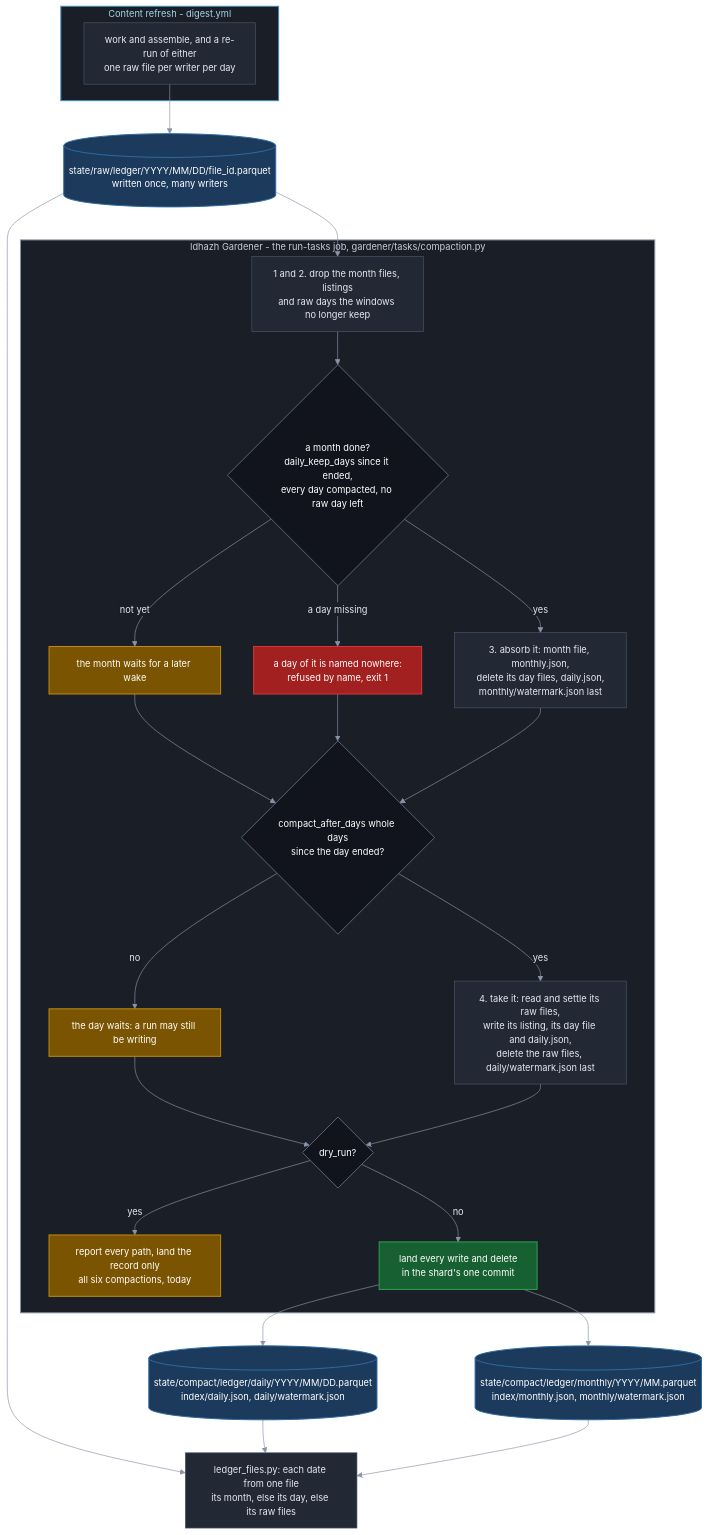
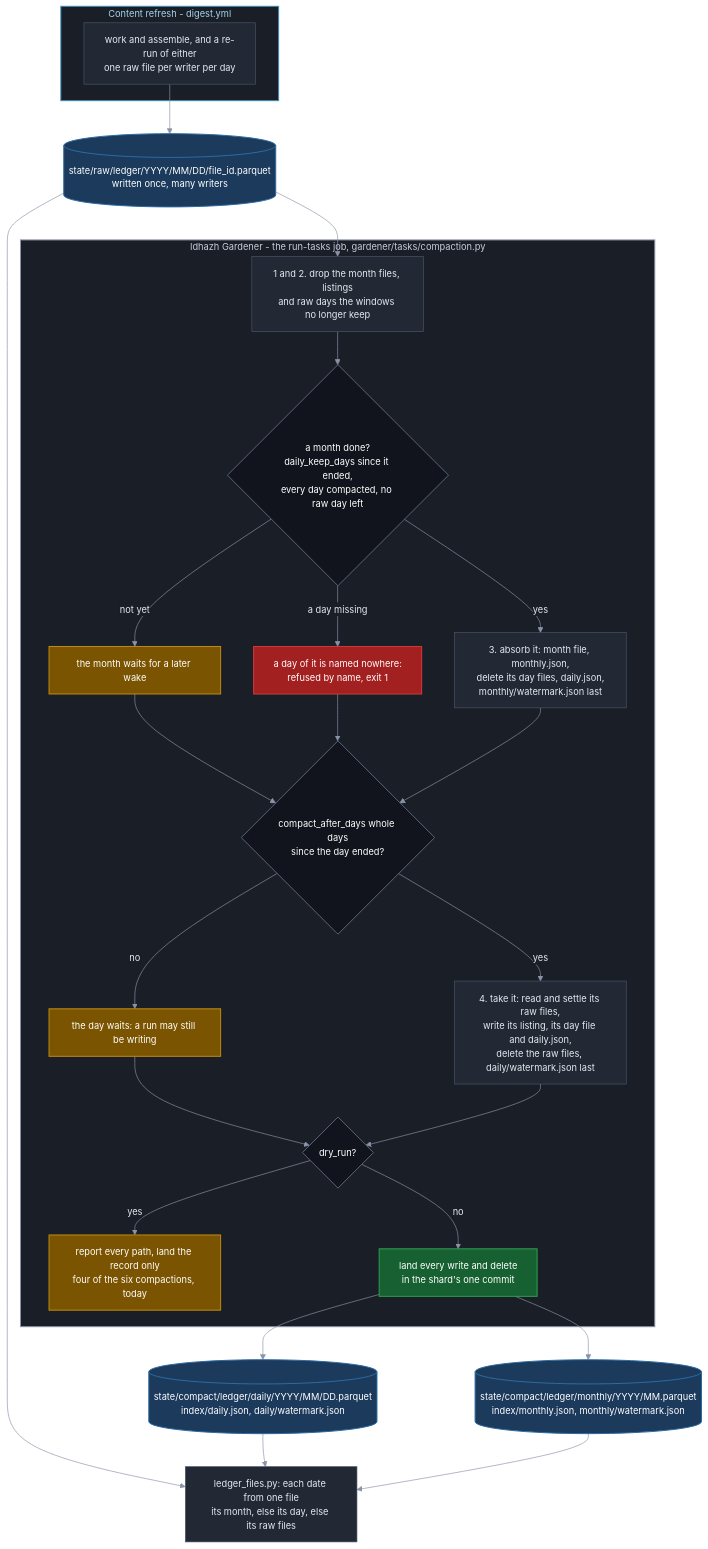
The second of 2 diagrams in docs/architecture/publishing/idhazh-gardener.md (miztiik/yen-idhazh), drawn with Mermaid before and after one commit. The commit also changed other lines of this file and 25 other files, not shown here.

````diff
--- a/docs/architecture/publishing/idhazh-gardener.md
+++ b/docs/architecture/publishing/idhazh-gardener.md
@@ -352,66 +354,66 @@
 ```mermaid
 %%{init: {"theme": "base", "themeVariables": {"background": "#0f1117", "primaryColor": "#222834", "primaryTextColor": "#e6e9f0", "primaryBorderColor": "#4b5468", "lineColor": "#8b93a7", "textColor": "#e6e9f0", "clusterBkg": "#1a1e27", "clusterBorder": "#3a4254", "titleColor": "#e6e9f0", "edgeLabelBackground": "#1a1e27", "fontSize": "14px"}}}%%
 flowchart TB
   subgraph REFRESH["Content refresh - digest.yml"]
     W["work and assemble, and a re-run of either<br/>one raw file per writer per day"]
   end
 
   RAWF[("state/raw/ledger/YYYY/MM/DD/file_id.parquet<br/>written once, many writers")]
 
   subgraph GARDEN["Idhazh Gardener - the run-tasks job, gardener/tasks/compaction.py"]
     DROP["1 and 2. drop the month files, listings<br/>and raw days the windows no longer keep"]
     MDONE{"a month done?<br/>daily_keep_days since it ended,<br/>every day compacted, no raw day left"}
     MWAIT["the month waits for a later wake"]
     MHOLE["a day of it is named nowhere:<br/>refused by name, exit 1"]
     ABSORB["3. absorb it: month file, monthly.json,<br/>delete its day files, daily.json,<br/>monthly/watermark.json last"]
     DDUE{"compact_after_days whole days<br/>since the day ended?"}
     DHOLD["the day waits: a run may still be writing"]
     TAKE["4. take it: read and settle its raw files,<br/>write its listing, its day file and daily.json,<br/>delete the raw files, daily/watermark.json last"]
     DRY{"dry_run?"}
-    REPORT["report every path, land the record only<br/>all six compactions, today"]
+    REPORT["report every path, land the record only<br/>four of the six compactions, today"]
     LAND["land every write and delete<br/>in the shard's one commit"]
   end
 
   DAILY[("state/compact/ledger/daily/YYYY/MM/DD.parquet<br/>index/daily.json, daily/watermark.json")]
   MONTHLY[("state/compact/ledger/monthly/YYYY/MM.parquet<br/>index/monthly.json, monthly/watermark.json")]
   READER["ledger_files.py: each date from one file<br/>its month, else its day, else its raw files"]
 
   W --> RAWF
   RAWF --> DROP
   DROP --> MDONE
   MDONE -->|"not yet"| MWAIT
   MDONE -->|"a day missing"| MHOLE
   MDONE -->|"yes"| ABSORB
   MWAIT --> DDUE
   MHOLE --> DDUE
   ABSORB --> DDUE
   DDUE -->|"no"| DHOLD
   DDUE -->|"yes"| TAKE
   DHOLD --> DRY
   TAKE --> DRY
   DRY -->|"yes"| REPORT
   DRY -->|"no"| LAND
   LAND --> DAILY
   LAND --> MONTHLY
   RAWF --> READER
   DAILY --> READER
   MONTHLY --> READER
 
   classDef stage fill:#222834,stroke:#4b5468,stroke-width:1px,color:#e6e9f0;
   classDef decision fill:#11141c,stroke:#5b6477,stroke-width:1.5px,color:#ffffff;
   classDef yes fill:#176032,stroke:#2ea04f,stroke-width:1.5px,color:#ffffff;
   classDef no fill:#a32020,stroke:#d23b3b,stroke-width:1.5px,color:#ffffff;
   classDef warn fill:#7a5400,stroke:#c08a12,stroke-width:1.5px,color:#ffffff;
   classDef ledger fill:#1b3a5c,stroke:#2d6ca3,stroke-width:1.5px,color:#ffffff;
   classDef sysOps fill:#1a1e27,stroke:#8b93a7,stroke-width:1.5px,color:#c8cdd8;
   classDef sysPublish fill:#1a1e27,stroke:#3f8fb8,stroke-width:1.5px,color:#a5d6ea;
 
   class W,DROP,ABSORB,TAKE,READER stage;
   class MDONE,DDUE,DRY decision;
   class LAND yes;
   class MHOLE no;
   class MWAIT,DHOLD,REPORT warn;
   class RAWF,DAILY,MONTHLY ledger;
   class REFRESH sysPublish;
   class GARDEN sysOps;
 ```
````
